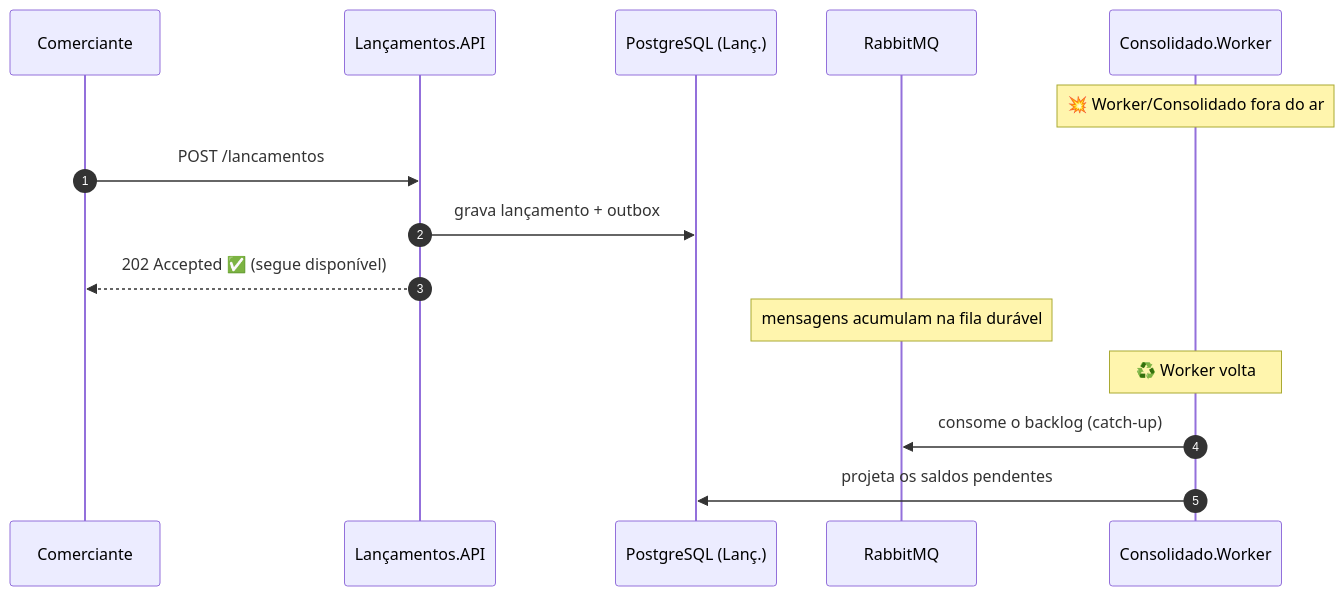
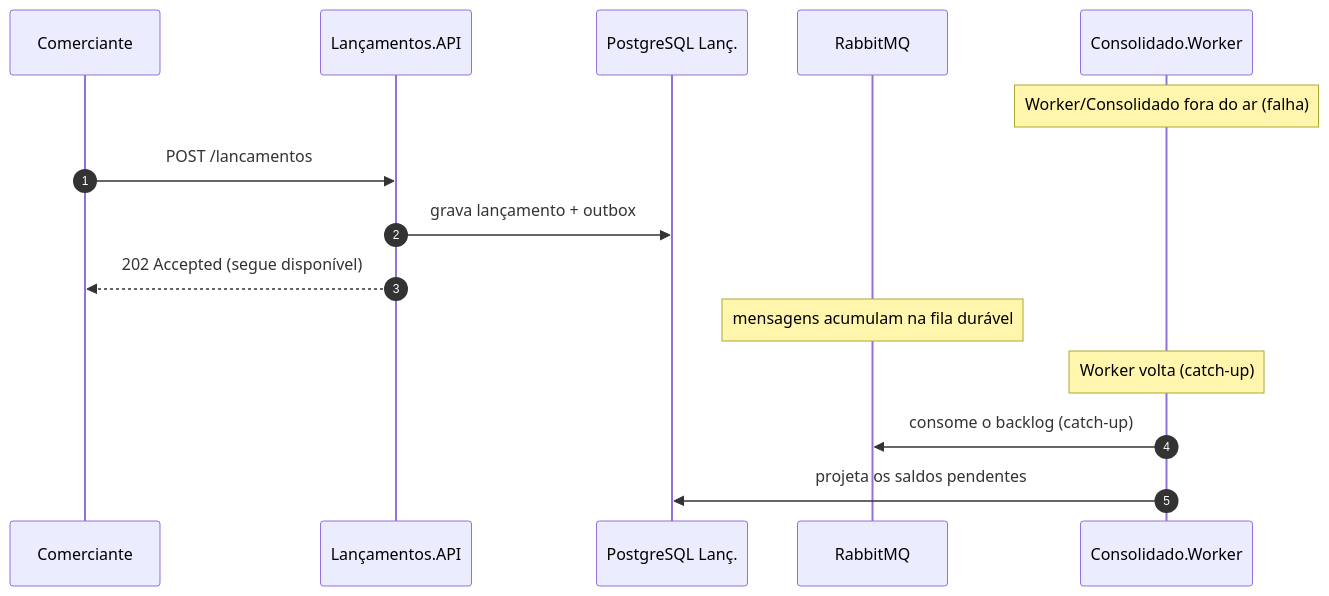
The sixth of 6 diagrams in docs/architecture.md (codingwithrenato/desafio-arquiteto-fluxo-de-caixa), drawn with Mermaid before and after one commit. The commit also changed other lines of this file, not shown here.

First line of the commit message:
docs(architecture): corrige render dos diagramas Mermaid

````diff
--- a/docs/architecture.md
+++ b/docs/architecture.md
@@ -183,18 +183,18 @@
 ```mermaid
 sequenceDiagram
     autonumber
     participant C as Comerciante
     participant API as Lançamentos.API
-    participant DB as PostgreSQL (Lanç.)
+    participant DB as PostgreSQL Lanç.
     participant MQ as RabbitMQ
     participant W as Consolidado.Worker
 
-    Note over W: 💥 Worker/Consolidado fora do ar
+    Note over W: Worker/Consolidado fora do ar (falha)
     C->>API: POST /lancamentos
     API->>DB: grava lançamento + outbox
-    API-->>C: 202 Accepted ✅ (segue disponível)
+    API-->>C: 202 Accepted (segue disponível)
     Note over MQ: mensagens acumulam na fila durável
-    Note over W: ♻️ Worker volta
+    Note over W: Worker volta (catch-up)
     W->>MQ: consome o backlog (catch-up)
     W->>DB: projeta os saldos pendentes
 ```
````
